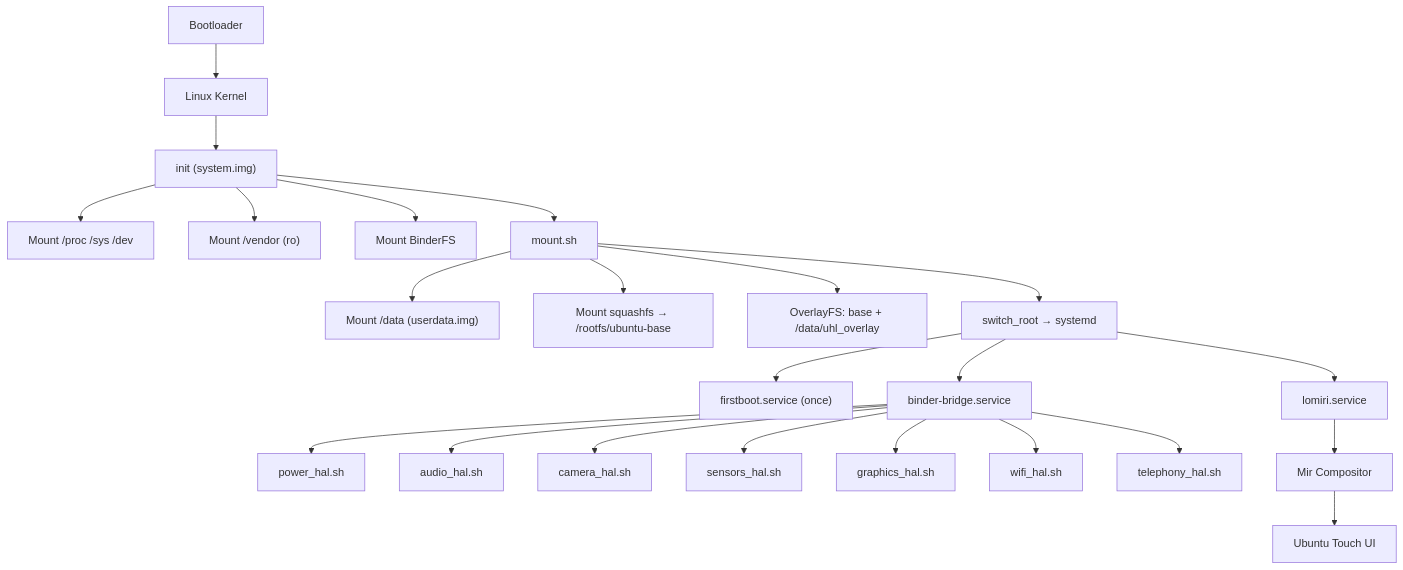
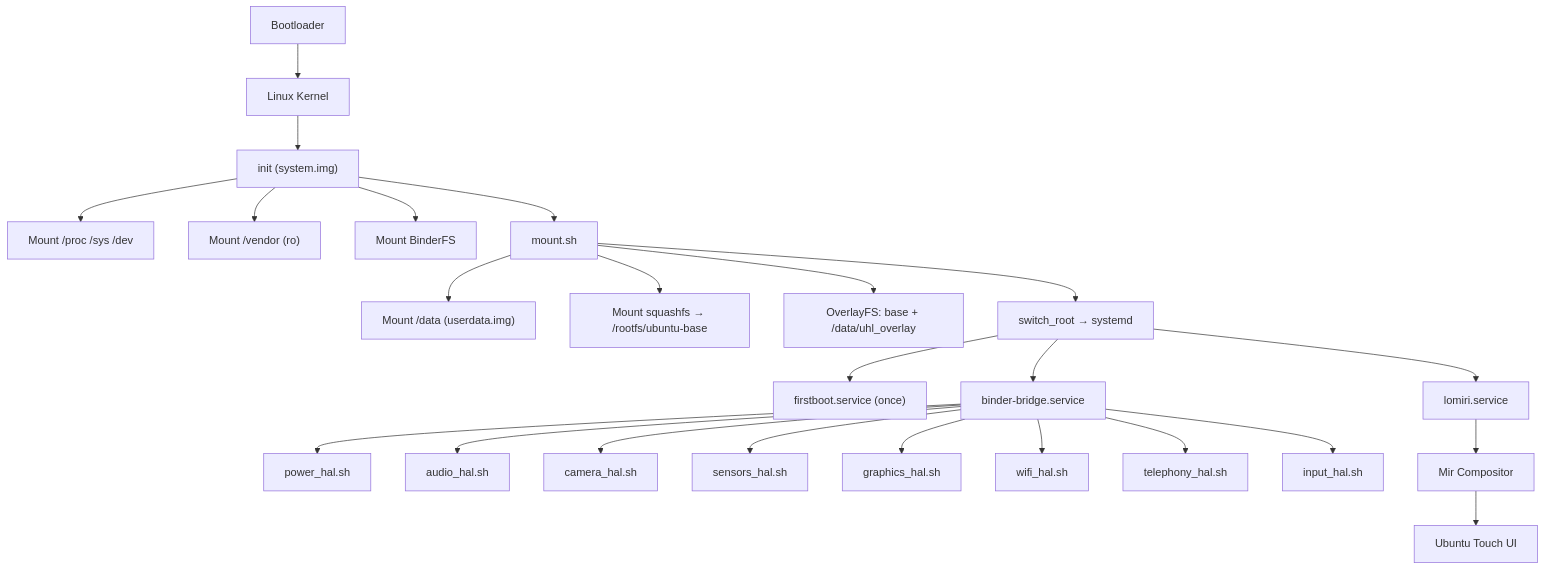
One commit to zerofrip/Ubuntu_Touch_AIDL_GSI changed the diagram in docs/architecture.md. Above: the diagram before and after it, drawn with Mermaid. The commit also changed other lines of this file and 11 other files, not shown here.

Commit message:
feat: add input/touchscreen support with AIDL HAL and HAF integration

````diff
--- a/docs/architecture.md
+++ b/docs/architecture.md
@@ -5,25 +5,26 @@
 ```mermaid
 graph TD
     BL[Bootloader] --> K[Linux Kernel]
     K --> INIT["init (system.img)"]
     INIT --> VFS["Mount /proc /sys /dev"]
     INIT --> VENDOR["Mount /vendor (ro)"]
     INIT --> BINDER["Mount BinderFS"]
     INIT --> MOUNT["mount.sh"]
     MOUNT --> USERDATA["Mount /data (userdata.img)"]
     MOUNT --> SQUASHFS["Mount squashfs → /rootfs/ubuntu-base"]
     MOUNT --> OVERLAY["OverlayFS: base + /data/uhl_overlay"]
     MOUNT --> SWITCH["switch_root → systemd"]
     SWITCH --> FIRSTBOOT["firstboot.service (once)"]
     SWITCH --> BINDERD["binder-bridge.service"]
     SWITCH --> LOMIRI["lomiri.service"]
     BINDERD --> POWER["power_hal.sh"]
     BINDERD --> AUDIO["audio_hal.sh"]
     BINDERD --> CAMERA["camera_hal.sh"]
     BINDERD --> SENSORS["sensors_hal.sh"]
     BINDERD --> GRAPHICS["graphics_hal.sh"]
     BINDERD --> WIFI["wifi_hal.sh"]
     BINDERD --> TELEPHONY["telephony_hal.sh"]
+    BINDERD --> INPUT["input_hal.sh"]
     LOMIRI --> MIR["Mir Compositor"]
     MIR --> GUI["Ubuntu Touch UI"]
 ```
````
